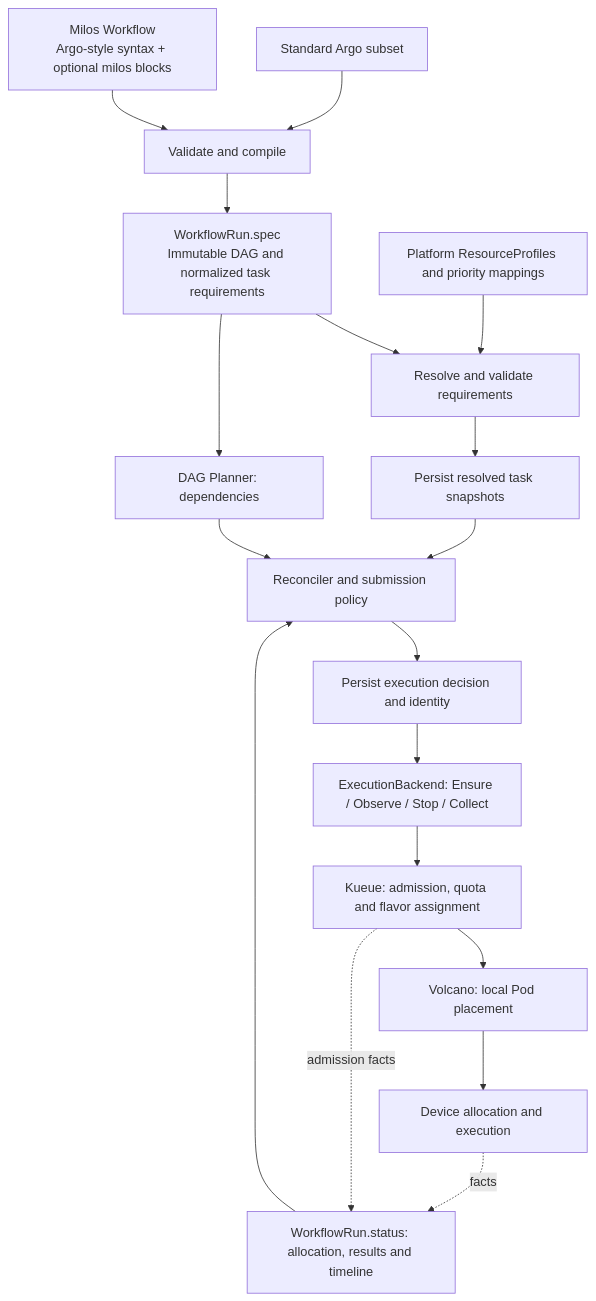
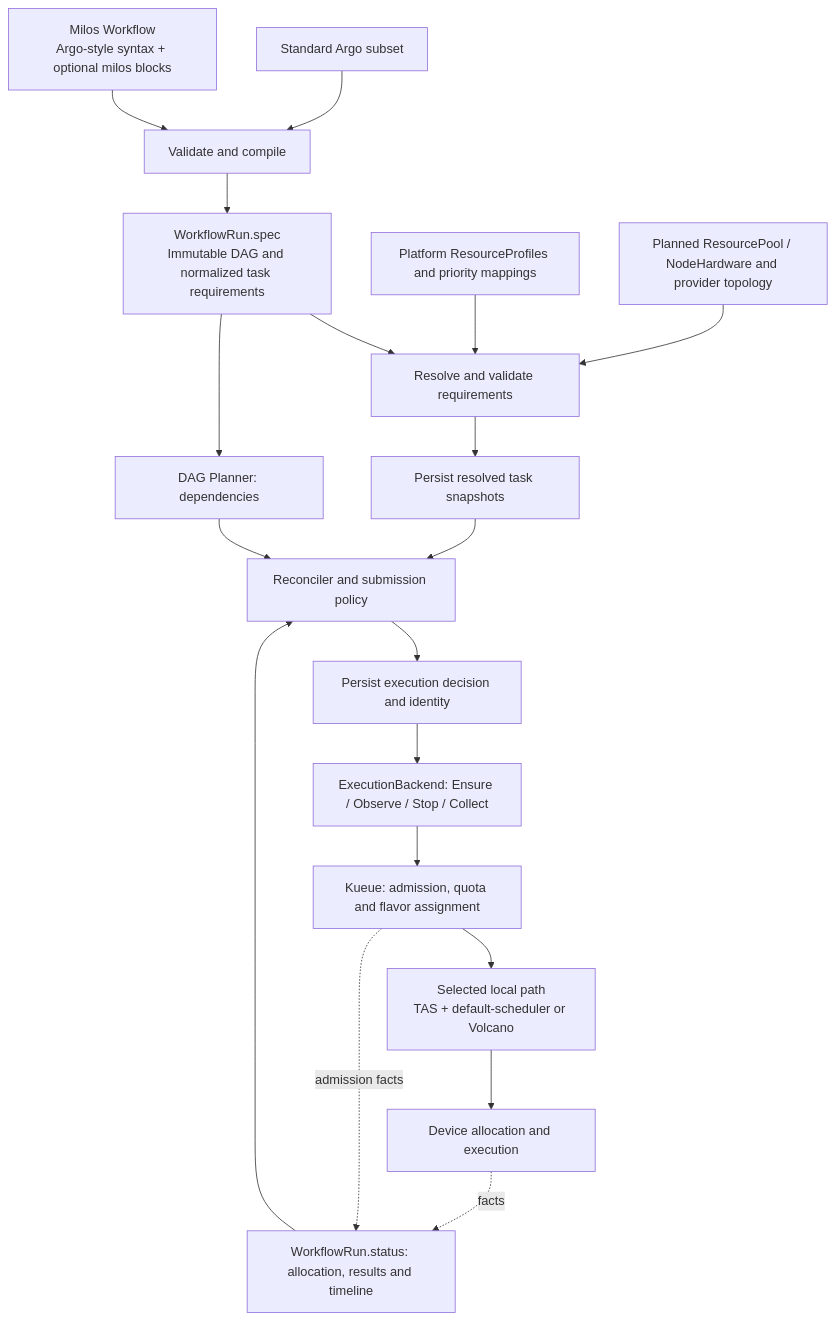
Before and after one commit to wsq2333/milos: the diagram in docs/milos-extensions.md, drawn with Mermaid. The commit also changed other lines of this file and 5 other files, not shown here.

Commit message:
docs: design resource pools and topology-aware scheduling

````diff
--- a/docs/milos-extensions.md
+++ b/docs/milos-extensions.md
@@ -11,20 +13,21 @@
 ```mermaid
 flowchart TD
     A["Standard Argo subset"] --> C["Validate and compile"]
     B["Milos Workflow<br/>Argo-style syntax + optional milos blocks"] --> C
     C --> W["WorkflowRun.spec<br/>Immutable DAG and normalized task requirements"]
     P["Platform ResourceProfiles and priority mappings"] --> R["Resolve and validate requirements"]
+    HWP["Planned ResourcePool / NodeHardware and provider topology"] --> R
     W --> R
     R --> S["Persist resolved task snapshots"]
     W --> D["DAG Planner: dependencies"]
     D --> X["Reconciler and submission policy"]
     S --> X
     X --> I["Persist execution decision and identity"]
     I --> E["ExecutionBackend: Ensure / Observe / Stop / Collect"]
     E --> K["Kueue: admission, quota and flavor assignment"]
-    K --> V["Volcano: local Pod placement"]
+    K --> V["Selected local path<br/>TAS + default-scheduler or Volcano"]
     V --> H["Device allocation and execution"]
     H -. facts .-> O["WorkflowRun.status: allocation, results and timeline"]
     K -. admission facts .-> O
     O --> X
 ```
````
